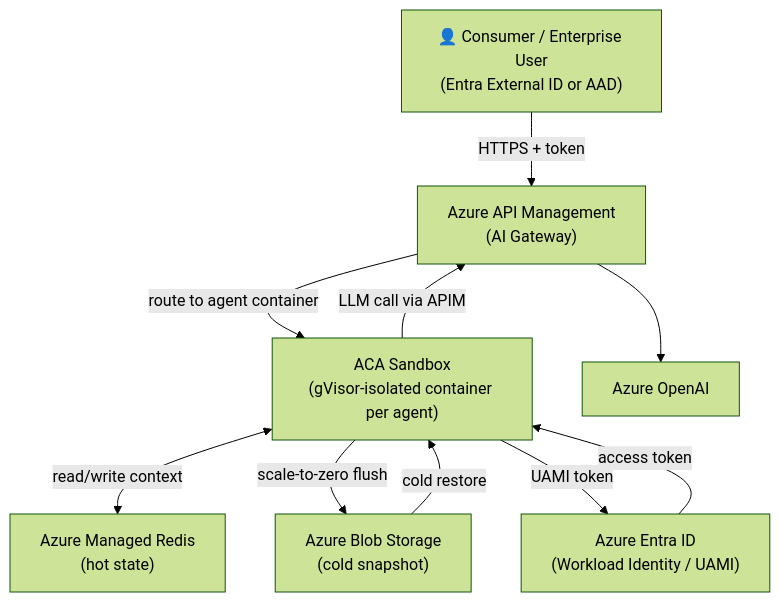
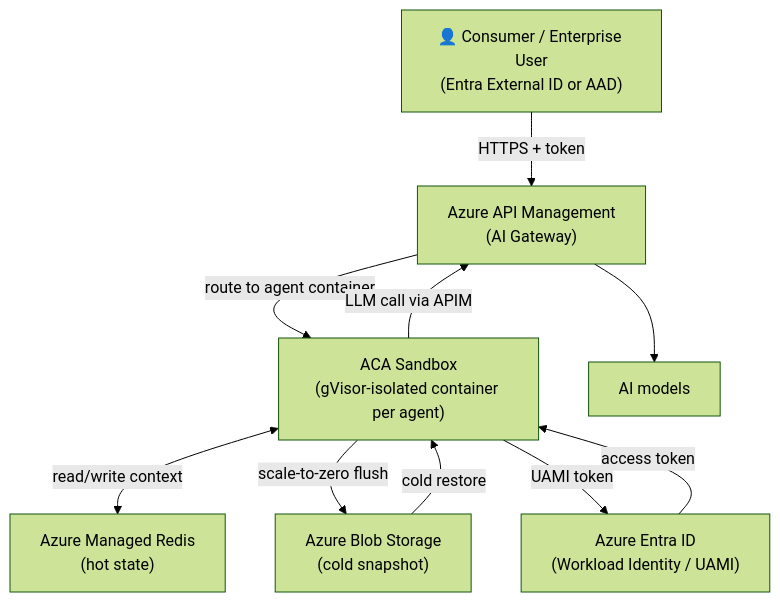
The third of 3 diagrams in agenthost/agenthost.md (oxcp/ainotes), drawn with Mermaid (forest theme) before and after one commit. The commit also changed other lines of this file and 1 other file, not shown here.

````diff
--- a/agenthost/agenthost.md
+++ b/agenthost/agenthost.md
@@ -236,20 +238,20 @@
 ```mermaid
 flowchart TD
     user["👤 Consumer / Enterprise User\n(Entra External ID or AAD)"]
     apim["Azure API Management\n(AI Gateway)"]
     aca["ACA Sandbox\n(gVisor-isolated container per agent)"]
     redis["Azure Managed Redis\n(hot state)"]
     blob["Azure Blob Storage\n(cold snapshot)"]
-    aoai["Azure OpenAI"]
+    aoai["AI models"]
     entra["Azure Entra ID\n(Workload Identity / UAMI)"]
 
     user -->|"HTTPS + token"| apim
     apim -->|"route to agent container"| aca
     aca <-->|"read/write context"| redis
     aca -->|"scale-to-zero flush"| blob
     blob -->|"cold restore"| aca
     aca -->|"UAMI token"| entra
     entra -->|"access token"| aca
     aca -->|"LLM call via APIM"| apim
     apim --> aoai
 ```
````
